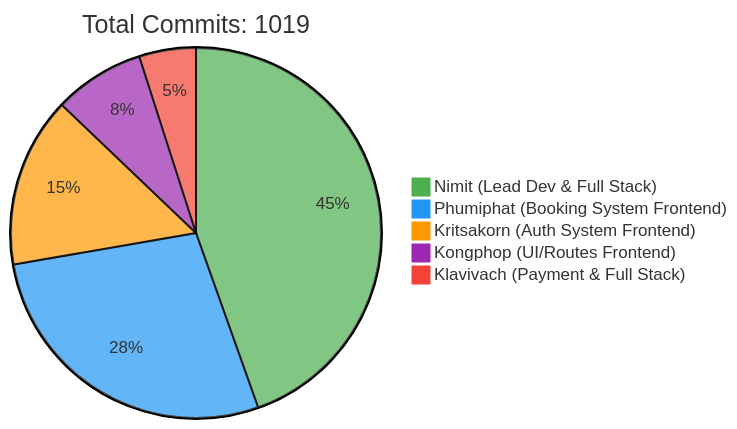
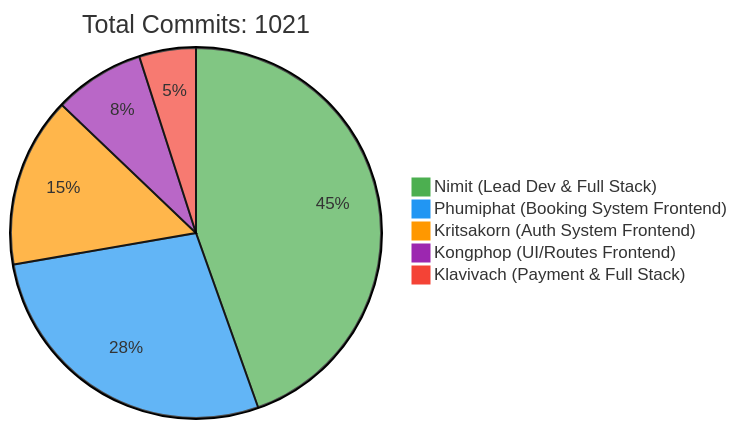
One commit to 6531503042/Sport-Complex changed the first of 2 diagrams in README.md. Above: the diagram before and after it, drawn with Mermaid. The commit also changed other lines of this file, not shown here.

Commit message:
docs: Update contributor statistics [skip ci]

````diff
--- a/README.md
+++ b/README.md
@@ -240,10 +240,10 @@
 ```mermaid
 %%{init: {'theme': 'base', 'themeVariables': { 'pie1': '#4CAF50', 'pie2': '#2196F3', 'pie3': '#FF9800', 'pie4': '#9C27B0', 'pie5': '#F44336'}}}%%
 pie
-    title Total Commits: 1019
+    title Total Commits: 1021
     "Nimit (Lead Dev & Full Stack)" : 450
     "Phumiphat (Booking System Frontend)" : 280
     "Kritsakorn (Auth System Frontend)" : 150
     "Kongphop (UI/Routes Frontend)" : 80
     "Klavivach (Payment & Full Stack)" : 50
 ```
````
